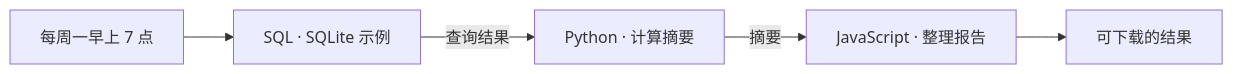
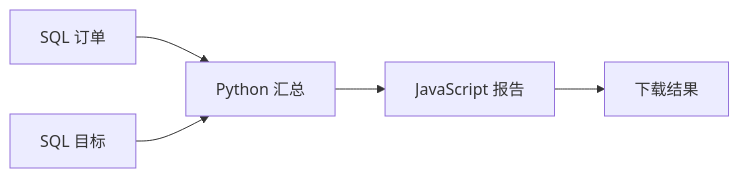
The diagram in README.zh-CN.md (haowen-ai/sleep-in), drawn with Mermaid before and after one commit. The commit also changed other lines of this file and 64 other files, not shown here.

````diff
--- a/README.zh-CN.md
+++ b/README.zh-CN.md
@@ -27,7 +15,7 @@
 ```mermaid
 flowchart LR
-  T[每周一早上 7 点] --> P[SQL · SQLite 示例]
-  P -->|查询结果| PY[Python · 计算摘要]
-  PY -->|摘要| JS[JavaScript · 整理报告]
-  JS --> R[可下载的结果]
+  A[SQL 订单] --> C[Python 汇总]
+  B[SQL 目标] --> C
+  C --> D[JavaScript 报告]
+  D --> E[下载结果]
 ```
````
